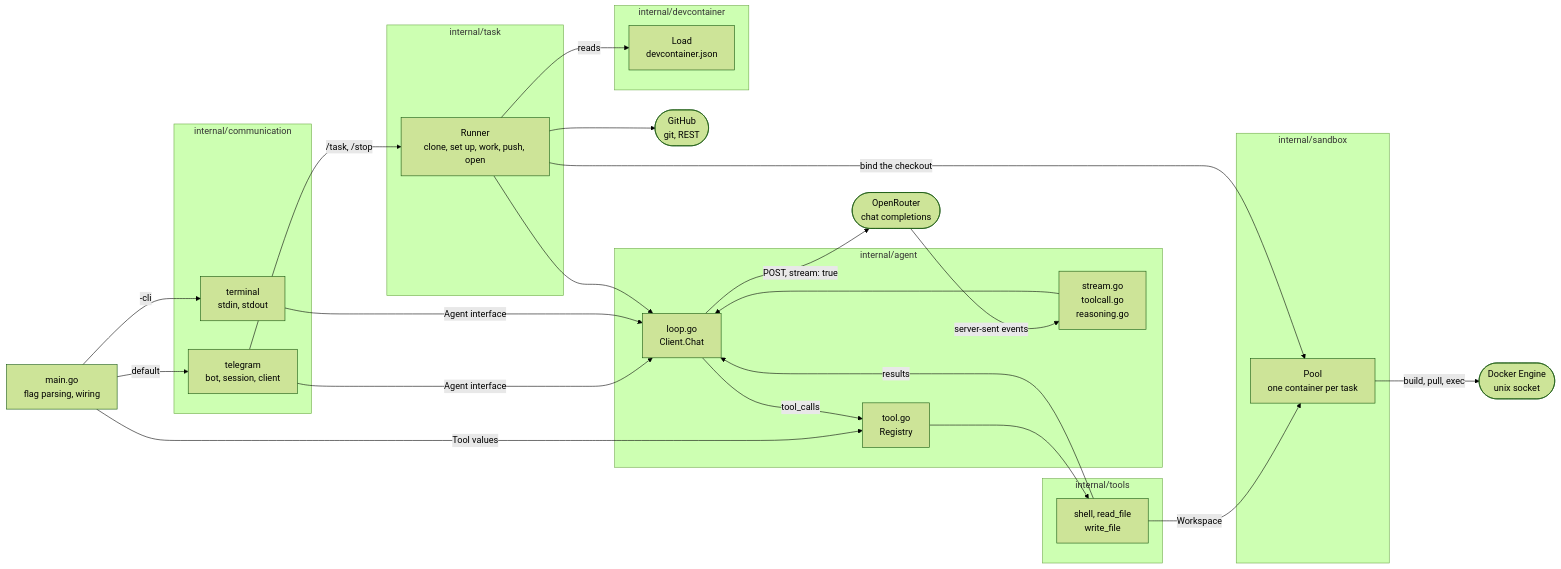
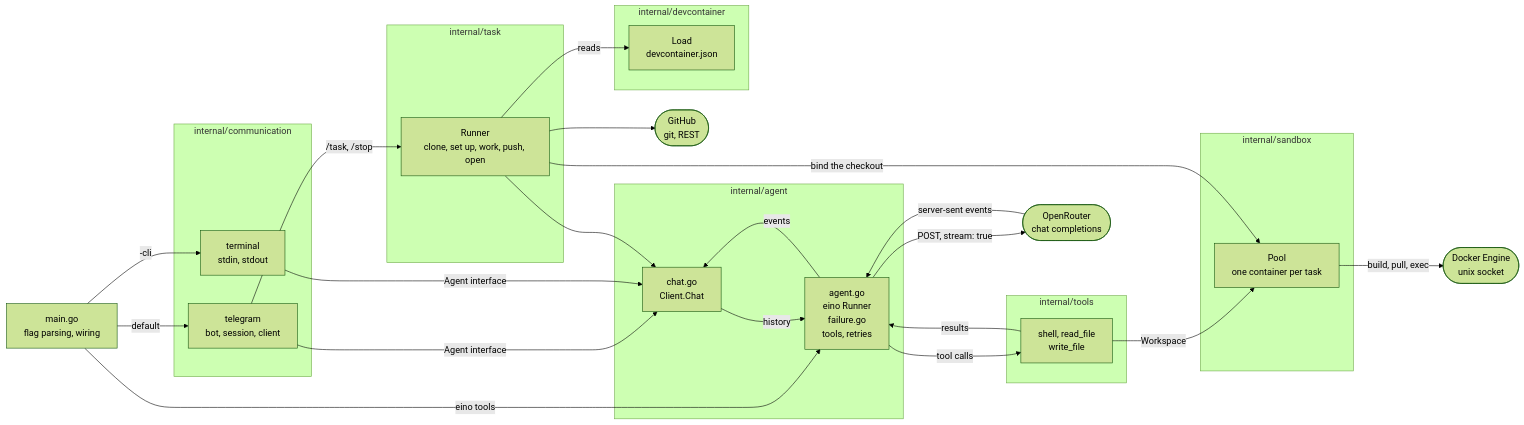
One commit to skryvets/my-agent changed the first of 2 diagrams in README.md. Above: the diagram before and after it, drawn with Mermaid (forest theme). The commit also changed other lines of this file and 35 other files, not shown here.

````diff
--- a/README.md
+++ b/README.md
@@ -20,53 +25,52 @@
 ```mermaid
 flowchart LR
     main["main.go<br/>flag parsing, wiring"]
 
     subgraph comm ["internal/communication"]
         tg["telegram<br/>bot, session, client"]
         term["terminal<br/>stdin, stdout"]
     end
 
     subgraph core ["internal/agent"]
-        chat["loop.go<br/>Client.Chat"]
-        reg["tool.go<br/>Registry"]
-        sse["stream.go<br/>toolcall.go<br/>reasoning.go"]
+        chat["chat.go<br/>Client.Chat"]
+        eino["agent.go<br/>eino Runner<br/>failure.go<br/>tools, retries"]
     end
 
     subgraph kit ["internal/tools"]
         sh["shell, read_file<br/>write_file"]
     end
 
     subgraph job ["internal/task"]
         runner["Runner<br/>clone, set up, work, push, open"]
     end
 
     subgraph spec ["internal/devcontainer"]
         dc["Load<br/>devcontainer.json"]
     end
 
     subgraph box ["internal/sandbox"]
         pool["Pool<br/>one container per task"]
     end
 
     api(["OpenRouter<br/>chat completions"])
     dock(["Docker Engine<br/>unix socket"])
 
     main -->|default| tg
     main -->|"-cli"| term
-    main -->|Tool values| reg
+    main -->|eino tools| eino
     tg -->|Agent interface| chat
     term -->|Agent interface| chat
-    chat -->|"POST, stream: true"| api
-    api -->|server-sent events| sse
-    sse --> chat
-    chat -->|tool_calls| reg
-    reg --> sh
+    chat -->|history| eino
+    eino -->|"POST, stream: true"| api
+    api -->|server-sent events| eino
+    eino -->|events| chat
+    eino -->|tool calls| sh
     sh -->|Workspace| pool
-    sh -->|results| chat
+    sh -->|results| eino
     tg -->|"/task, /stop"| runner
     runner -->|reads| dc
     runner -->|bind the checkout| pool
     runner --> chat
     pool -->|"build, pull, exec"| dock
     runner --> gh(["GitHub<br/>git, REST"])
 ```
````
